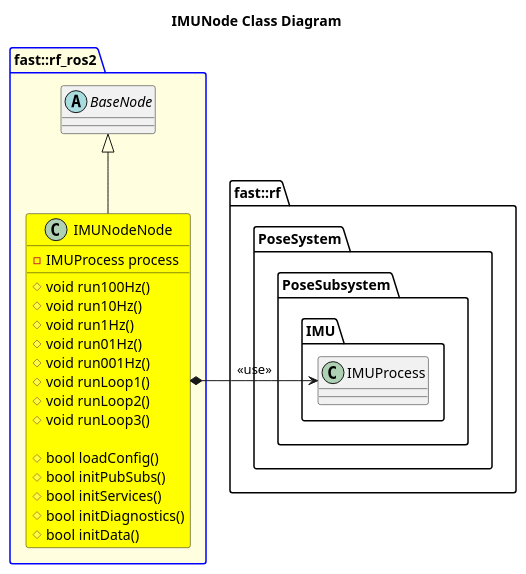
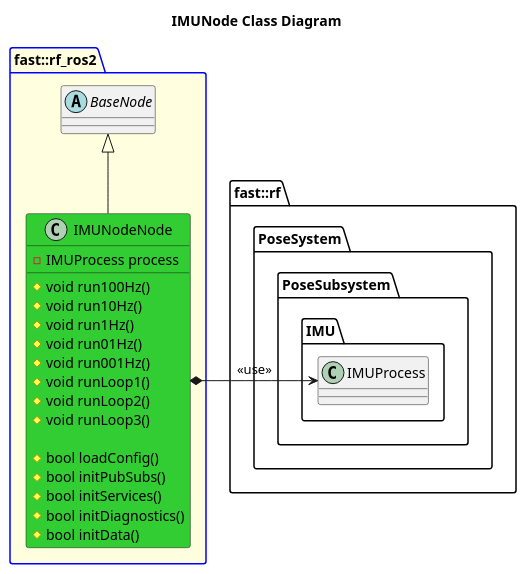
One commit to fastrobotics/robot_framework_ros2 changed the diagram in Systems/Pose/Subsystems/InertialSensor/Nodes/IMUNode/doc/puml/IMUNodeClassDiagram.puml. Above: the diagram before and after it, drawn with PlantUML. The commit also changed 11 other files, not shown here.

```diff
--- a/Systems/Pose/Subsystems/InertialSensor/Nodes/IMUNode/doc/puml/IMUNodeClassDiagram.puml
+++ b/Systems/Pose/Subsystems/InertialSensor/Nodes/IMUNode/doc/puml/IMUNodeClassDiagram.puml
@@ -2,38 +2,38 @@
 @startuml
 title IMUNode Class Diagram
 namespace fast::rf {
     namespace PoseSystem {
         namespace PoseSubsystem {
             namespace IMU {
                 class IMUProcess
             }
         }
     }
 }
 package fast::rf_ros2 #LightYellow;line:blue { 
     abstract BaseNode {
 
     }
-    class IMUNodeNode #Yellow {
+    class IMUNodeNode #LimeGreen {
         #void run100Hz()
         #void run10Hz()
         #void run1Hz()
         #void run01Hz()
         #void run001Hz()
         #void runLoop1()
         #void runLoop2()
         #void runLoop3()
 
         #bool loadConfig()
         #bool initPubSubs()
         #bool initServices()
         #bool initDiagnostics()
         #bool initData()
         -IMUProcess process
     }
     IMUNodeNode -up-|> BaseNode
     IMUNodeNode *-right-> IMUProcess: <<use>>
 
 }
 
 @enduml
```
